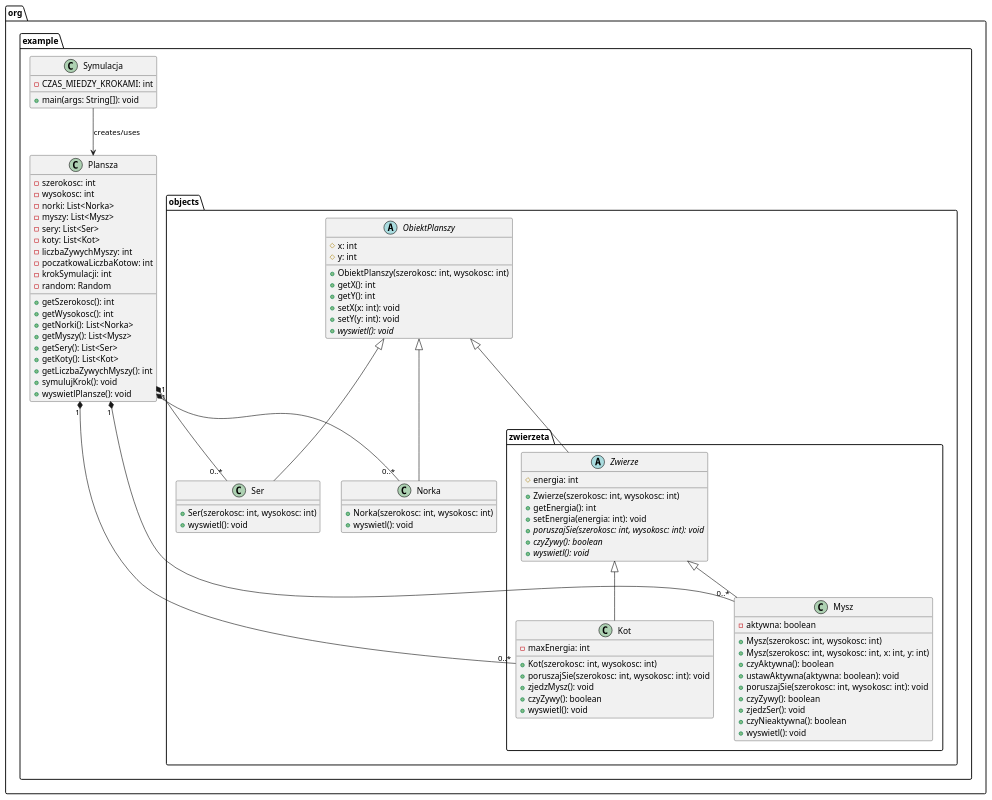
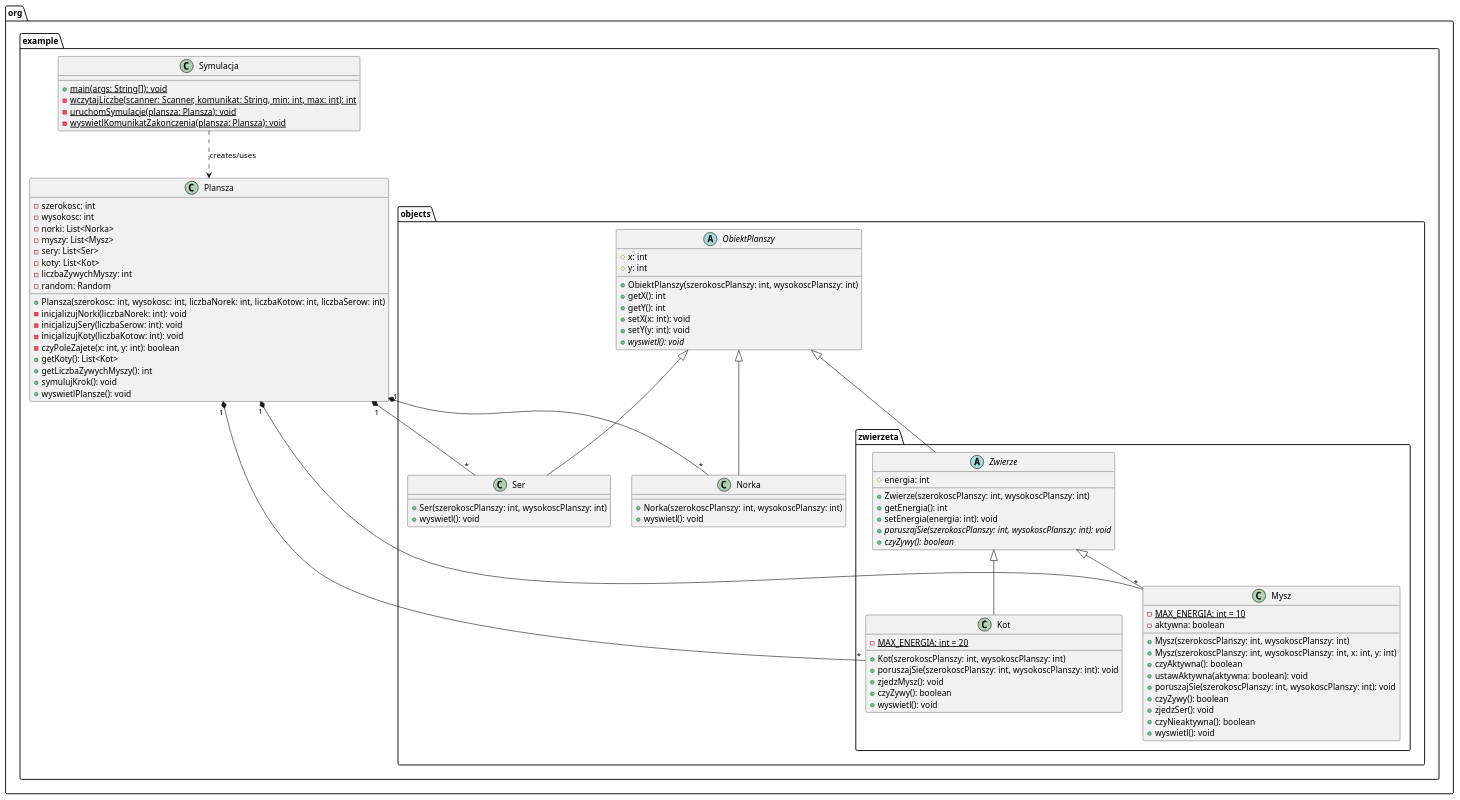
One commit to rochmir/symulacja_agentowa1 changed the diagram in diagram_klas.puml. Above: the diagram before and after it, drawn with PlantUML. The commit also changed 12 other files, not shown here.

```diff
--- a/diagram_klas.puml
+++ b/diagram_klas.puml
@@ -1,103 +1,102 @@
 @startuml
 
 package "org.example" {
   class Plansza {
     -szerokosc: int
     -wysokosc: int
     -norki: List<Norka>
     -myszy: List<Mysz>
     -sery: List<Ser>
     -koty: List<Kot>
     -liczbaZywychMyszy: int
-    -poczatkowaLiczbaKotow: int
-    -krokSymulacji: int
     -random: Random
-    +getSzerokosc(): int
-    +getWysokosc(): int
-    +getNorki(): List<Norka>
-    +getMyszy(): List<Mysz>
-    +getSery(): List<Ser>
+    +Plansza(szerokosc: int, wysokosc: int, liczbaNorek: int, liczbaKotow: int, liczbaSerow: int)
+    -inicjalizujNorki(liczbaNorek: int): void
+    -inicjalizujSery(liczbaSerow: int): void
+    -inicjalizujKoty(liczbaKotow: int): void
+    -czyPoleZajete(x: int, y: int): boolean
     +getKoty(): List<Kot>
     +getLiczbaZywychMyszy(): int
     +symulujKrok(): void
     +wyswietlPlansze(): void
   }
 
   class Symulacja {
-    -CZAS_MIEDZY_KROKAMI: int
-    +main(args: String[]): void
+    +{static} main(args: String[]): void
+    -{static} wczytajLiczbe(scanner: Scanner, komunikat: String, min: int, max: int): int
+    -{static} uruchomSymulacje(plansza: Plansza): void
+    -{static} wyswietlKomunikatZakonczenia(plansza: Plansza): void
   }
 }
 
 package "org.example.objects" {
   abstract class ObiektPlanszy {
     #x: int
     #y: int
-    +ObiektPlanszy(szerokosc: int, wysokosc: int)
+    +ObiektPlanszy(szerokoscPlanszy: int, wysokoscPlanszy: int)
     +getX(): int
     +getY(): int
     +setX(x: int): void
     +setY(y: int): void
-    +wyswietl(): void {abstract}
+    +{abstract} wyswietl(): void
   }
 
   class Norka {
-    +Norka(szerokosc: int, wysokosc: int)
+    +Norka(szerokoscPlanszy: int, wysokoscPlanszy: int)
     +wyswietl(): void
   }
 
   class Ser {
-    +Ser(szerokosc: int, wysokosc: int)
+    +Ser(szerokoscPlanszy: int, wysokoscPlanszy: int)
     +wyswietl(): void
   }
 }
 
 package "org.example.objects.zwierzeta" {
   abstract class Zwierze {
     #energia: int
-    +Zwierze(szerokosc: int, wysokosc: int)
+    +Zwierze(szerokoscPlanszy: int, wysokoscPlanszy: int)
     +getEnergia(): int
     +setEnergia(energia: int): void
-    +poruszajSie(szerokosc: int, wysokosc: int): void {abstract}
-    +czyZywy(): boolean {abstract}
-    +wyswietl(): void {abstract}
+    +{abstract} poruszajSie(szerokoscPlanszy: int, wysokoscPlanszy: int): void
+    +{abstract} czyZywy(): boolean
   }
 
   class Kot {
-    -maxEnergia: int
-    +Kot(szerokosc: int, wysokosc: int)
-    +poruszajSie(szerokosc: int, wysokosc: int): void
+    -{static} MAX_ENERGIA: int = 20
+    +Kot(szerokoscPlanszy: int, wysokoscPlanszy: int)
+    +poruszajSie(szerokoscPlanszy: int, wysokoscPlanszy: int): void
     +zjedzMysz(): void
     +czyZywy(): boolean
     +wyswietl(): void
   }
 
   class Mysz {
+    -{static} MAX_ENERGIA: int = 10
     -aktywna: boolean
-    +Mysz(szerokosc: int, wysokosc: int)
-    +Mysz(szerokosc: int, wysokosc: int, x: int, y: int)
+    +Mysz(szerokoscPlanszy: int, wysokoscPlanszy: int)
+    +Mysz(szerokoscPlanszy: int, wysokoscPlanszy: int, x: int, y: int)
     +czyAktywna(): boolean
     +ustawAktywna(aktywna: boolean): void
-    +poruszajSie(szerokosc: int, wysokosc: int): void
+    +poruszajSie(szerokoscPlanszy: int, wysokoscPlanszy: int): void
     +czyZywy(): boolean
     +zjedzSer(): void
     +czyNieaktywna(): boolean
     +wyswietl(): void
   }
 }
 
-' Relationships
 ObiektPlanszy <|-- Norka
 ObiektPlanszy <|-- Ser
 ObiektPlanszy <|-- Zwierze
 Zwierze <|-- Kot
 Zwierze <|-- Mysz
 
-Plansza "1" *-- "0..*" Norka
-Plansza "1" *-- "0..*" Mysz
-Plansza "1" *-- "0..*" Ser
-Plansza "1" *-- "0..*" Kot
+Plansza "1" *-- "*" Norka
+Plansza "1" *-- "*" Mysz
+Plansza "1" *-- "*" Ser
+Plansza "1" *-- "*" Kot
 
-Symulacja --> Plansza : creates/uses
+Symulacja ..> Plansza: creates/uses
 
 @enduml
```
